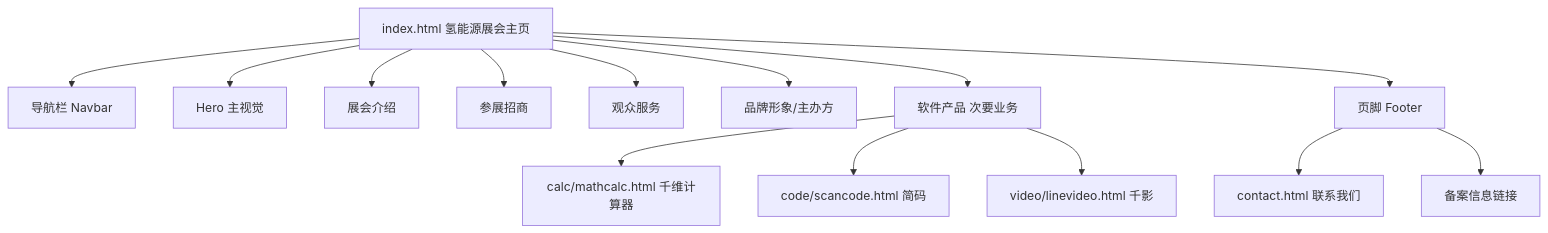
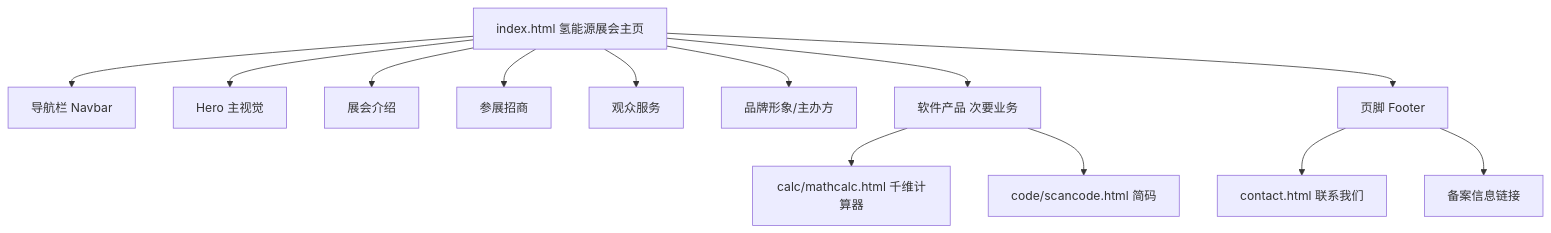
Before and after one commit to linesupt/linesupt.github.io: the diagram in .codebuddy/plans/氢能源展会主页改造_18329ae2.md, drawn with Mermaid. The commit also changed other lines of this file and 6 other files, not shown here.

````diff
--- a/.codebuddy/plans/氢能源展会主页改造_18329ae2.md
+++ b/.codebuddy/plans/氢能源展会主页改造_18329ae2.md
@@ -74,16 +74,15 @@
 ```mermaid
 flowchart TD
     A[index.html 氢能源展会主页] --> B[导航栏 Navbar]
     A --> C[Hero 主视觉]
     A --> D[展会介绍]
     A --> E[参展招商]
     A --> F[观众服务]
     A --> G[品牌形象/主办方]
     A --> H[软件产品 次要业务]
     A --> I[页脚 Footer]
     H --> H1[calc/mathcalc.html 千维计算器]
     H --> H2[code/scancode.html 简码]
-    H --> H3[video/linevideo.html 千影]
     I --> I1[contact.html 联系我们]
     I --> I2[备案信息链接]
 ```
````
